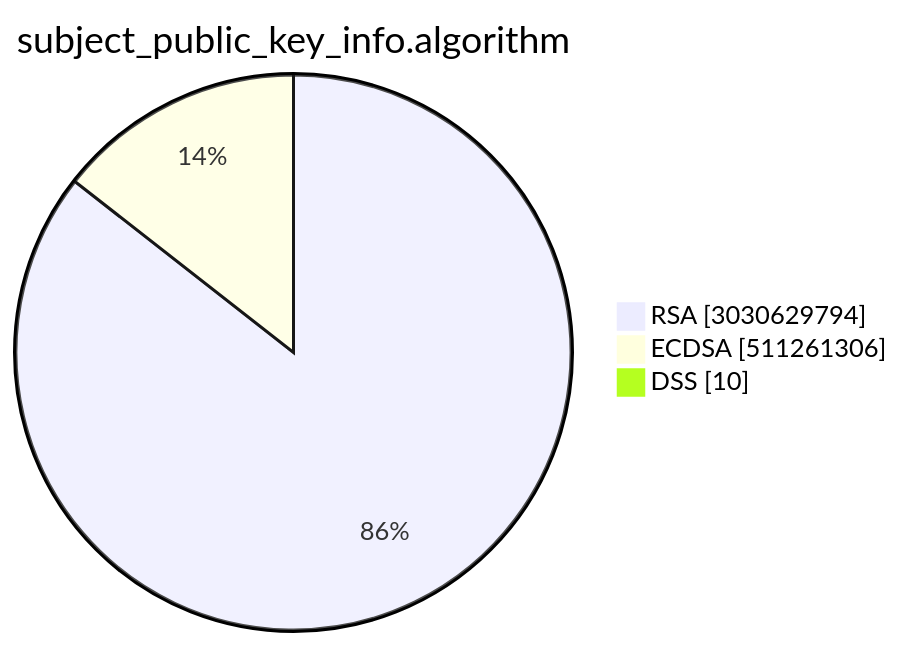
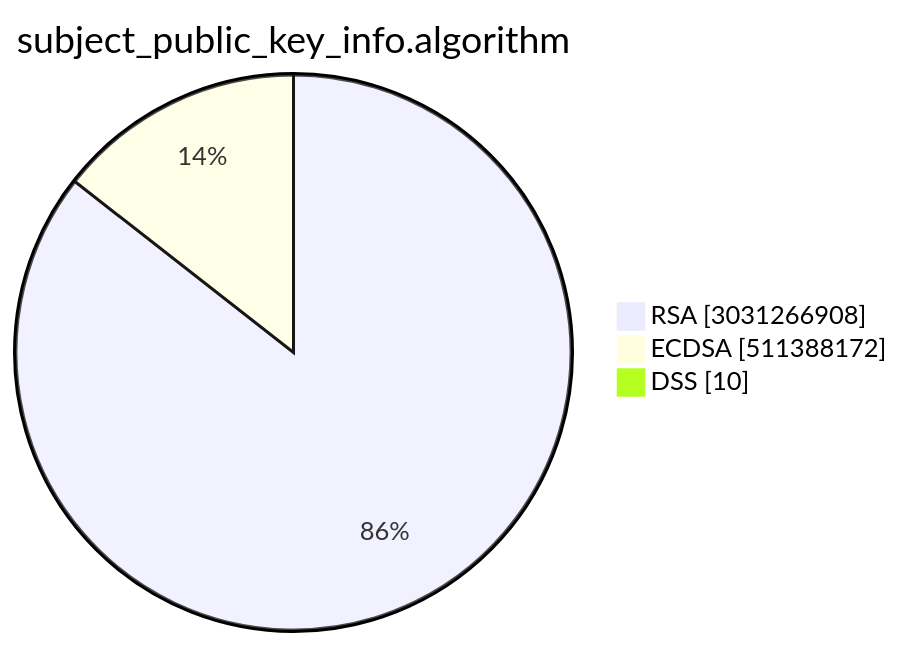
The second of 15 diagrams in TOTAL/README.md (christiankrug/ctmonitor_visualization), drawn with Mermaid before and after one commit. The commit also changed other lines of this file, not shown here.

````diff
--- a/TOTAL/README.md
+++ b/TOTAL/README.md
@@ -6,7 +6,7 @@
 ```mermaid
 pie showData
 title subject_public_key_info.algorithm
-"RSA" :3030629794
-"ECDSA" :511261306
+"RSA" :3031266908
+"ECDSA" :511388172
 "DSS" :10
 ```
````
